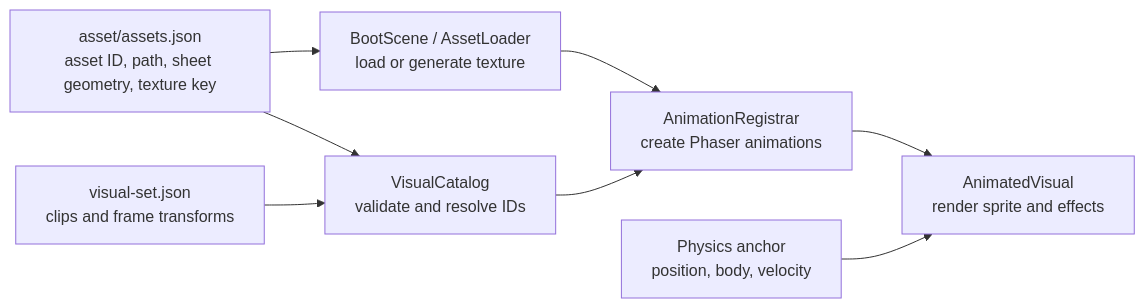
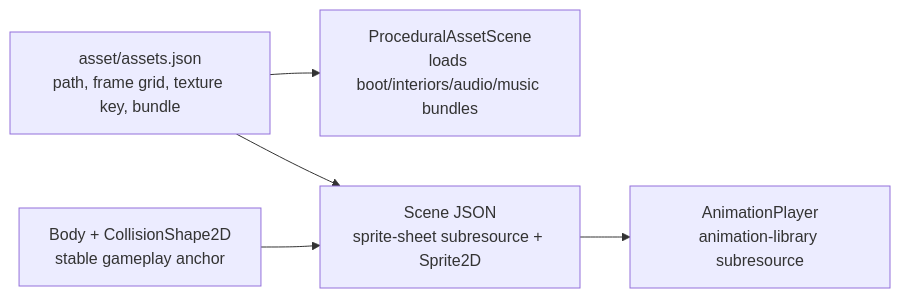
One commit to jason840917gmail/Slime_Isa changed the diagram in docs/assets/character-sprites-guide.md. Above: the diagram before and after it, drawn with Mermaid. The commit also changed other lines of this file and 31 other files, not shown here.

````diff
--- a/docs/assets/character-sprites-guide.md
+++ b/docs/assets/character-sprites-guide.md
@@ -7,18 +8,13 @@
 ```mermaid
 flowchart LR
-    A["asset/assets.json<br/>asset ID, path, sheet geometry, texture key"]
-    B["BootScene / AssetLoader<br/>load or generate texture"]
-    C["visual-set.json<br/>clips and frame transforms"]
-    D["VisualCatalog<br/>validate and resolve IDs"]
-    E["AnimationRegistrar<br/>create Phaser animations"]
-    F["Physics anchor<br/>position, body, velocity"]
-    G["AnimatedVisual<br/>render sprite and effects"]
+    A["asset/assets.json<br/>path, frame grid, texture key, bundle"]
+    B["ProceduralAssetScene<br/>loads boot/interiors/audio/music bundles"]
+    C["Scene JSON<br/>sprite-sheet subresource + Sprite2D"]
+    D["AnimationPlayer<br/>animation-library subresource"]
+    E["Body + CollisionShape2D<br/>stable gameplay anchor"]
 
     A --> B
-    A --> D
+    A --> C
     C --> D
-    D --> E
-    B --> E
-    F --> G
-    E --> G
+    E --> C
 ```
````
